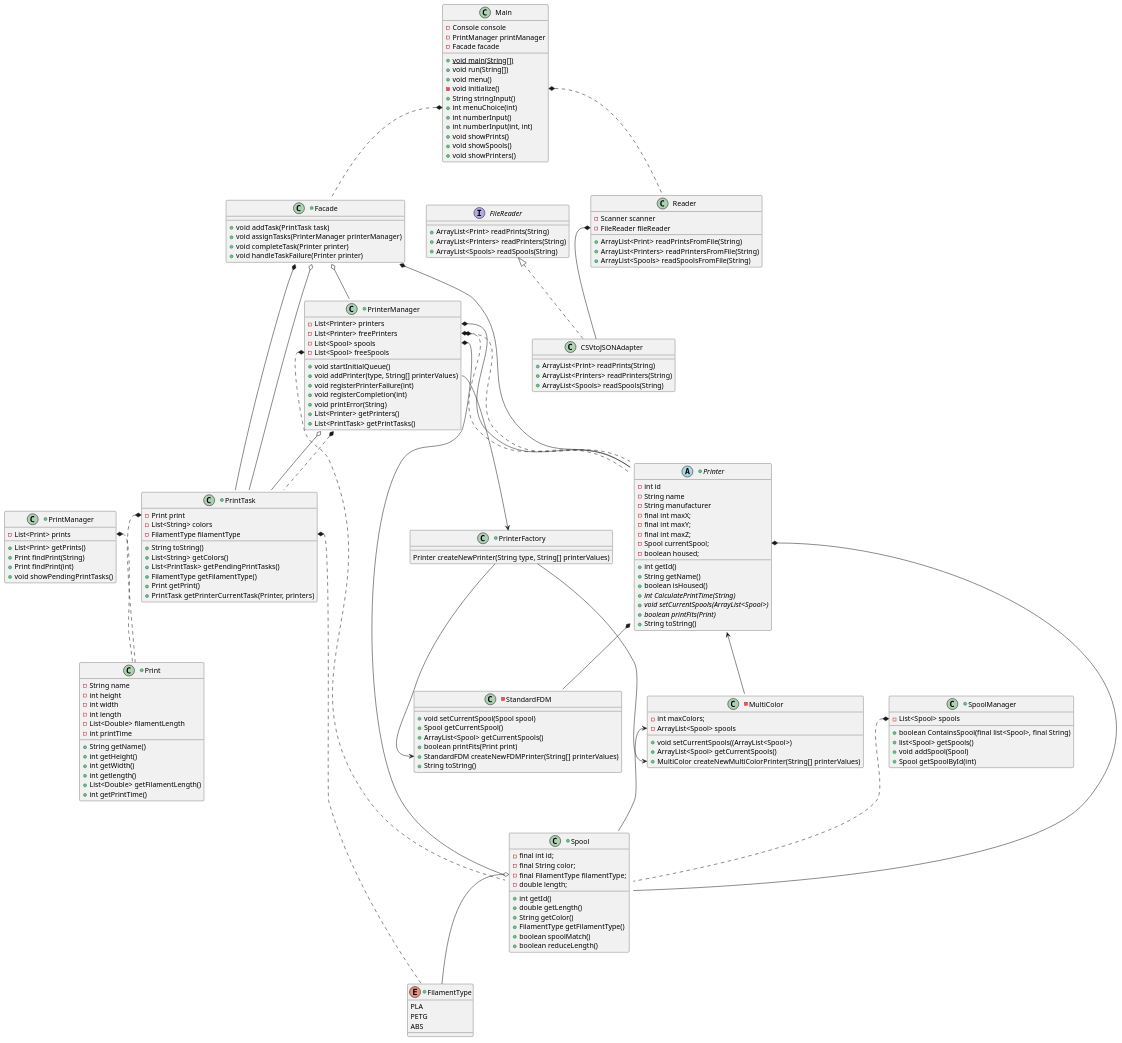
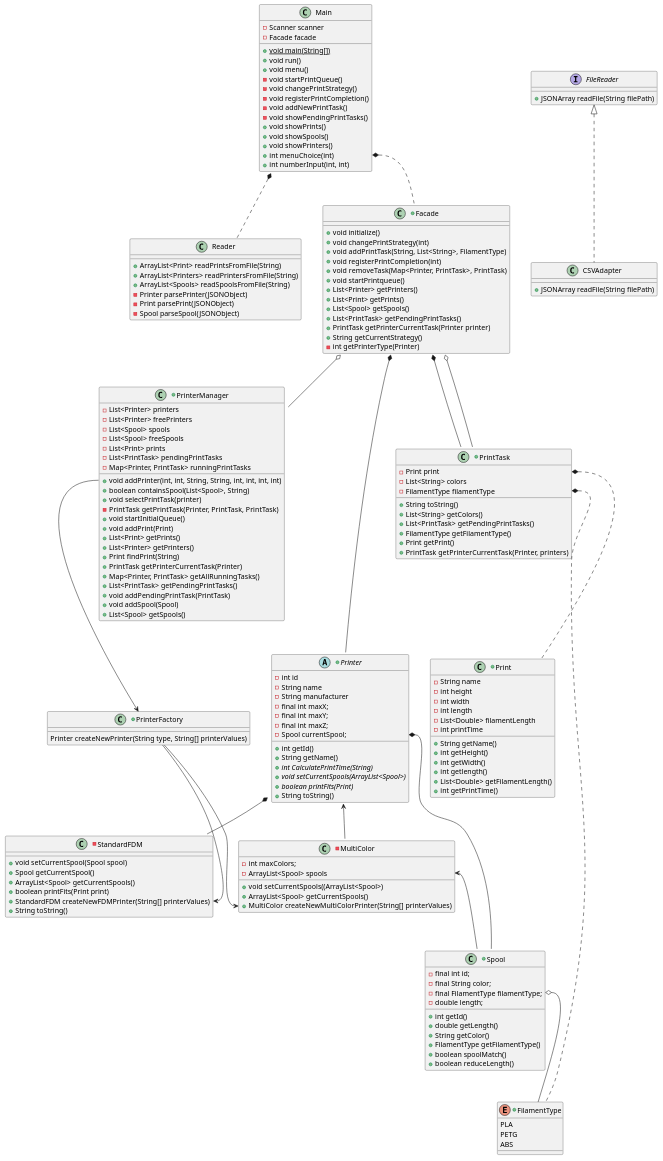
Before and after one commit to mhountsword/SysteemOntwerp: the diagram in 3dprintscheduler-main/docs/diagrams/NewClassDiagram.puml, drawn with PlantUML. The commit also changed 8 other files, not shown here.

Commit message:
some work on the PrintTaskManager

```diff
--- a/3dprintscheduler-main/docs/diagrams/NewClassDiagram.puml
+++ b/3dprintscheduler-main/docs/diagrams/NewClassDiagram.puml
@@ -1,198 +1,185 @@
 @startuml
 'https://plantuml.com/class-diagram
 
 class Main {
--Console console
--PrintManager printManager
+-Scanner scanner
 -Facade facade
 +{static}void main(String[])
-+void run(String[])
++void run()
 +void menu()
--void initialize()
-+String stringInput()
-+int menuChoice(int)
-+int numberInput()
-+int numberInput(int, int)
+-void startPrintQueue()
+-void changePrintStrategy()
+-void registerPrintCompletion()
+-void addNewPrintTask()
+-void showPendingPrintTasks()
 +void showPrints()
 +void showSpools()
 +void showPrinters()
++int menuChoice(int)
++int numberInput(int, int)
 }
 
 interface FileReader {
-    +ArrayList<Print> readPrints(String)
-    +ArrayList<Printers> readPrinters(String)
-    +ArrayList<Spools> readSpools(String)
+    +JSONArray readFile(String filePath)
 }
 
-class CSVtoJSONAdapter implements FileReader {
-    +ArrayList<Print> readPrints(String)
-    +ArrayList<Printers> readPrinters(String)
-    +ArrayList<Spools> readSpools(String)
+class CSVAdapter implements FileReader {
+    +JSONArray readFile(String filePath)
 }
 
-class Reader {
--Scanner scanner
+class Reader  {
 +ArrayList<Print> readPrintsFromFile(String)
 +ArrayList<Printers> readPrintersFromFile(String)
 +ArrayList<Spools> readSpoolsFromFile(String)
--FileReader fileReader
+-Printer parsePrinter(JSONObject)
+-Print parsePrint(JSONObject)
+-Spool parseSpool(JSONObject)
 }
-
-Reader::fileReader *-- CSVtoJSONAdapter
 
 Main::menuChoice *.. Facade
 Main::initialize *.. Reader
 
 +class PrinterManager{
 -List<Printer> printers
 -List<Printer> freePrinters
 -List<Spool> spools
 -List<Spool> freeSpools
+-List<Print> prints
+-List<PrintTask> pendingPrintTasks
+-Map<Printer, PrintTask> runningPrintTasks
++void addPrinter(int, int, String, String, int, int, int, int)
++boolean containsSpool(List<Spool>, String)
++void selectPrintTask(printer)
+-PrintTask getPrintTask(Printer, PrintTask, PrintTask)
 +void startInitialQueue()
-+void addPrinter(type, String[] printerValues)
-+void registerPrinterFailure(int)
-+void registerCompletion(int)
-+void printError(String)
++void addPrint(Print)
++List<Print> getPrints()
 +List<Printer> getPrinters()
-+List<PrintTask> getPrintTasks()
++Print findPrint(String)
++PrintTask getPrinterCurrentTask(Printer)
++Map<Printer, PrintTask> getAllRunningTasks()
++List<PrintTask> getPendingPrintTasks()
++void addPendingPrintTask(PrintTask)
++void addSpool(Spool)
++List<Spool> getSpools()
 }
-PrinterManager::printers *-- Printer
-PrinterManager::freePrinters *.. Printer
-PrinterManager::pendingPrintTasks o-- PrintTask
-PrinterManager::spools *-- Spool
-PrinterManager::freeSpools *.. Spool
-PrinterManager::runningPrintTask *.. Printer
-PrinterManager::runningPrintTask *.. PrintTask
 
 +class Facade{
-    + void addTask(PrintTask task)
-    + void assignTasks(PrinterManager printerManager)
-    + void completeTask(Printer printer)
-    + void handleTaskFailure(Printer printer)
++void initialize()
++void changePrintStrategy(int)
++void addPrintTask(String, List<String>, FilamentType)
++void registerPrintCompletion(int)
++void removeTask(Map<Printer, PrintTask>, PrintTask)
++void startPrintqueue()
++List<Printer> getPrinters()
++List<Print> getPrints()
++List<Spool> getSpools()
++List<PrintTask> getPendingPrintTasks()
++PrintTask getPrinterCurrentTask(Printer printer)
++String getCurrentStrategy()
+-int getPrinterType(Printer)
 }
 Facade::runningTasks *-- Printer
 Facade::runningTasks *-- PrintTask
 Facade o-- PrinterManager
 Facade o-- PrintTask
-
-+class PrintManager{
--List<Print> prints
-+List<Print> getPrints()
-+Print findPrint(String)
-+Print findPrint(int)
-+void showPendingPrintTasks()
-}
-PrintManager::prints *.. Print
-
-
-+class SpoolManager{
--List<Spool> spools
-+boolean ContainsSpool(final list<Spool>, final String)
-+list<Spool> getSpools()
-+void addSpool(Spool)
-+Spool getSpoolById(int)
-}
-
-SpoolManager::spools *.. Spool
 
 +class PrintTask{
 -Print print
 -List<String> colors
 -FilamentType filamentType
 +String toString()
 +List<String> getColors()
 +List<PrintTask> getPendingPrintTasks()
 +FilamentType getFilamentType()
 +Print getPrint()
 +PrintTask getPrinterCurrentTask(Printer, printers)
 }
 
 PrintTask::print *.. Print
 PrintTask::filamentType *.. FilamentType
 
 +enum FilamentType{
     PLA
     PETG
     ABS
 }
 
 +abstract class Printer{
 - int id
 -String name
 -String manufacturer
 + int getId()
 + String getName()
 - final int maxX;
 - final int maxY;
 - final int maxZ;
 - Spool currentSpool;
-- boolean housed;
-+ boolean isHoused()
 + {abstract} int CalculatePrintTime(String)
 + {abstract} void setCurrentSpools(ArrayList<Spool>)
 + {abstract} boolean printFits(Print)
 +String toString()
 
 }
 Printer::currentSpool *-- Spool
 
 +class Print{
 -String name
 - int height
 - int width
 - int length
 - List<Double> filamentLength
 - int printTime
 + String getName()
 + int getHeight()
 + int getWidth()
 + int getlength()
 + List<Double> getFilamentLength()
 + int getPrintTime()
 }
 
 +class Spool{
 - final int id;
 - final String color;
 - final FilamentType filamentType;
 -double length;
 +int getId()
 +double getLength()
 +String getColor()
 +FilamentType getFilamentType()
 + boolean spoolMatch()
 +boolean reduceLength()
 }
 
 Spool::filamentType o-- FilamentType
 
 
 -class StandardFDM{
 +void setCurrentSpool(Spool spool)
 +Spool getCurrentSpool()
 +ArrayList<Spool> getCurrentSpools()
 +boolean printFits(Print print)
 +StandardFDM createNewFDMPrinter(String[] printerValues)
 +String toString()
 }
 
 Printer *-- StandardFDM
 
 -class MultiColor{
 - int maxColors;
 - ArrayList<Spool> spools
 +void setCurrentSpools((ArrayList<Spool>)
 +ArrayList<Spool> getCurrentSpools()
 +MultiColor createNewMultiColorPrinter(String[] printerValues)
 }
 Printer <-- MultiColor
 MultiColor::spools <-- Spool
 
 +class PrinterFactory{
 Printer createNewPrinter(String type, String[] printerValues)
 }
 PrinterManager::addPrinter --> PrinterFactory
 PrinterFactory --> StandardFDM::createNewFDMPrinter
 PrinterFactory --> MultiColor::createNewMultiColorPrinter
 
 @enduml
```
